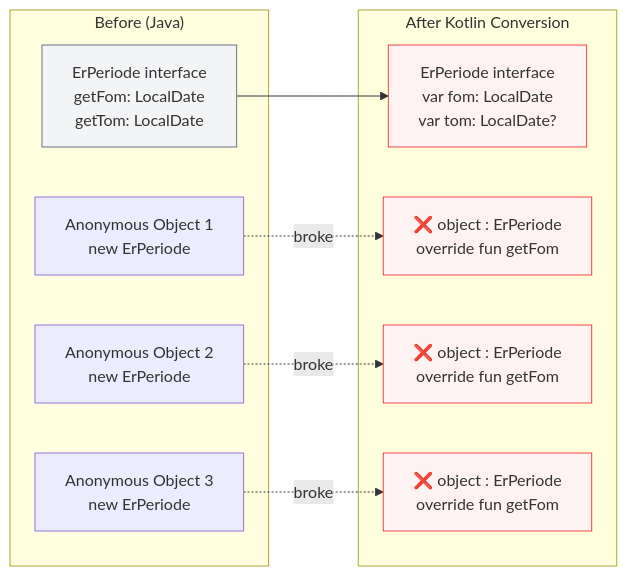
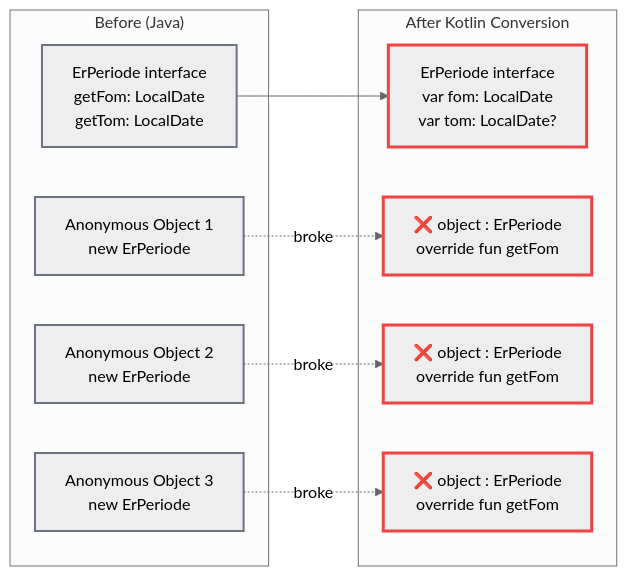
Before and after one commit to navikt/melosys-api: the second of 5 diagrams in ErPeriode-Solution.md, drawn with Mermaid. The commit also changed other lines of this file, not shown here.

````diff
--- a/ErPeriode-Solution.md
+++ b/ErPeriode-Solution.md
@@ -74,28 +80,28 @@
 ```mermaid
+%%{init: {'theme':'neutral'}}%%
 graph LR
     subgraph "Before (Java)"
         J[ErPeriode interface<br/>getFom: LocalDate<br/>getTom: LocalDate]
         A1[Anonymous Object 1<br/>new ErPeriode]
         A2[Anonymous Object 2<br/>new ErPeriode]
         A3[Anonymous Object 3<br/>new ErPeriode]
-
-        style J fill:#f3f4f6,stroke:#6b7280
     end
 
     subgraph "After Kotlin Conversion"
         K[ErPeriode interface<br/>var fom: LocalDate<br/>var tom: LocalDate?]
         E1[❌ object : ErPeriode<br/>override fun getFom]
         E2[❌ object : ErPeriode<br/>override fun getFom]
         E3[❌ object : ErPeriode<br/>override fun getFom]
-
-        style K fill:#fef2f2,stroke:#ef4444
-        style E1 fill:#fef2f2,stroke:#ef4444
-        style E2 fill:#fef2f2,stroke:#ef4444
-        style E3 fill:#fef2f2,stroke:#ef4444
     end
 
     J --> K
     A1 -.broke.-> E1
     A2 -.broke.-> E2
     A3 -.broke.-> E3
+
+    classDef javaClass stroke:#6b7280,stroke-width:2px
+    classDef errorClass stroke:#ef4444,stroke-width:3px
+
+    class J,A1,A2,A3 javaClass
+    class K,E1,E2,E3 errorClass
 ```
````
